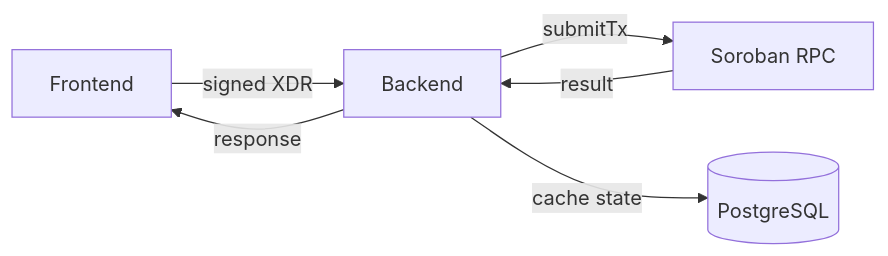
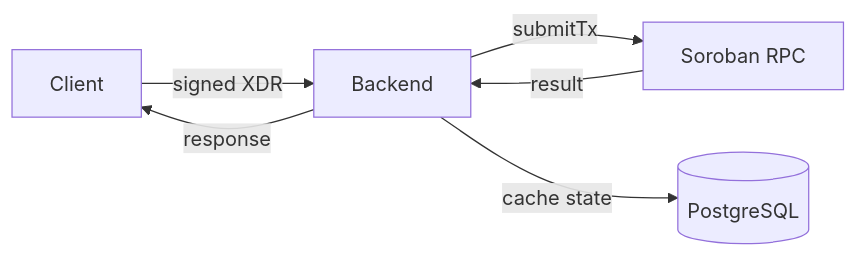
The fifth of 15 diagrams in ARCHITECTURE.md (CoKeFish/Impacta-Bootcamp), drawn with Mermaid before and after one commit. The commit also changed other lines of this file and 9 other files, not shown here.

````diff
--- a/ARCHITECTURE.md
+++ b/ARCHITECTURE.md
@@ -200,8 +187,8 @@
 ```mermaid
 flowchart LR
-    FE[Frontend] -->|signed XDR| BE[Backend]
+    Client[Client] -->|signed XDR| BE[Backend]
     BE -->|submitTx| SR[Soroban RPC]
     SR -->|result| BE
     BE -->|cache state| DB[(PostgreSQL)]
-    BE -->|response| FE
+    BE -->|response| Client
 ```
````
